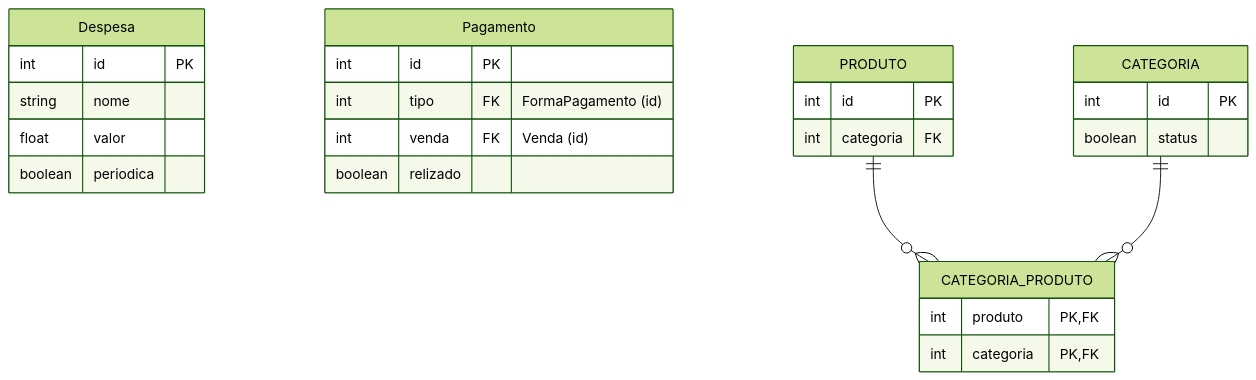
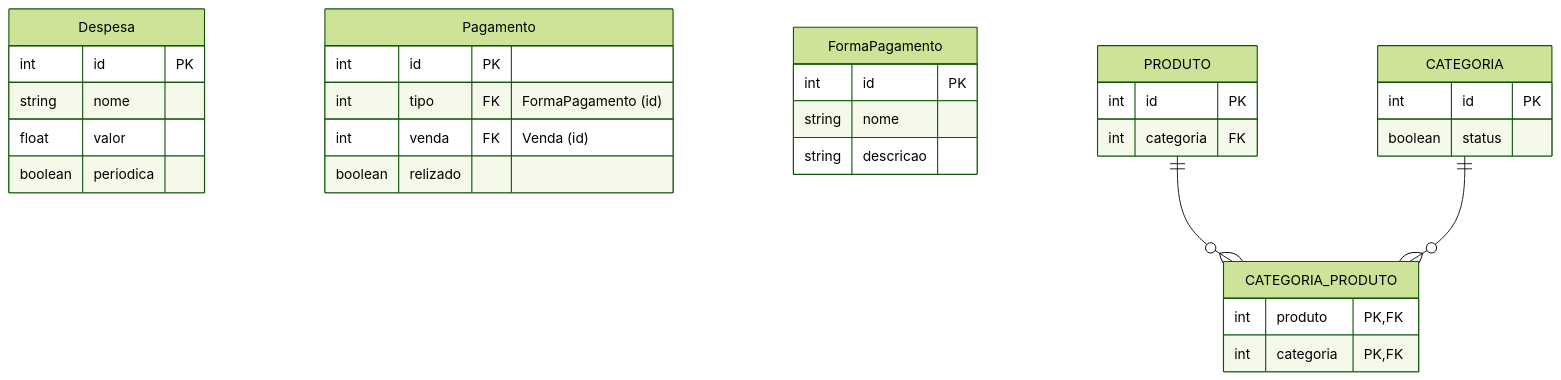
Before and after one commit to Control-Cash/controlcash: the diagram in docs/documento-de-modelos.md, drawn with Mermaid (forest theme).

Commit message:
Adiciona atributos da tabela Pagamento #32

````diff
--- a/docs/documento-de-modelos.md
+++ b/docs/documento-de-modelos.md
@@ -5,34 +5,40 @@
 ```mermaid
 erDiagram
   Despesa {
     int id PK
     string nome
     float valor
     boolean periodica
   }
 
   Pagamento {
     int id PK
     int tipo FK "FormaPagamento (id)"
     int venda FK "Venda (id)"
     boolean relizado
+  }
+
+  FormaPagamento {
+    int id PK
+    string nome
+    string descricao
   }
 
   PRODUTO {
     int id PK
     int categoria FK
   }
 
   CATEGORIA_PRODUTO {
     int produto PK, FK
     int categoria PK, FK
   }
 
   CATEGORIA {
     int id PK
     boolean status
   }
 
   PRODUTO ||--o{ CATEGORIA_PRODUTO : ""
   CATEGORIA ||--o{ CATEGORIA_PRODUTO : ""
 ```
````
